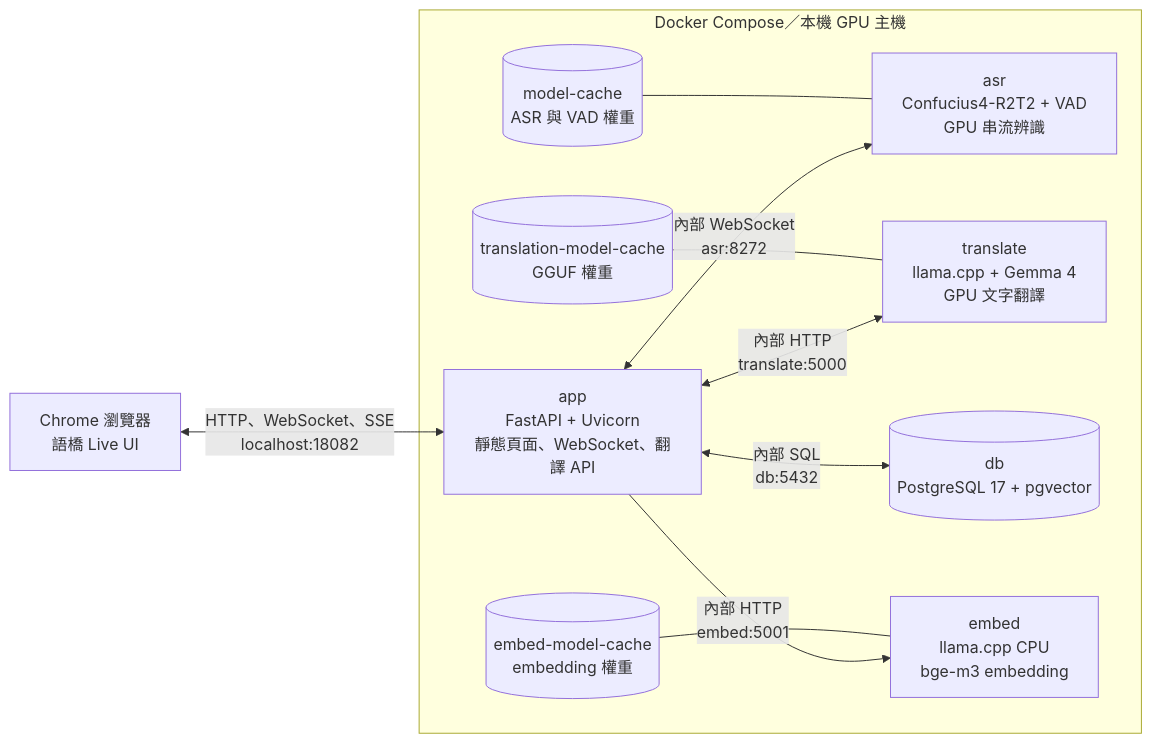
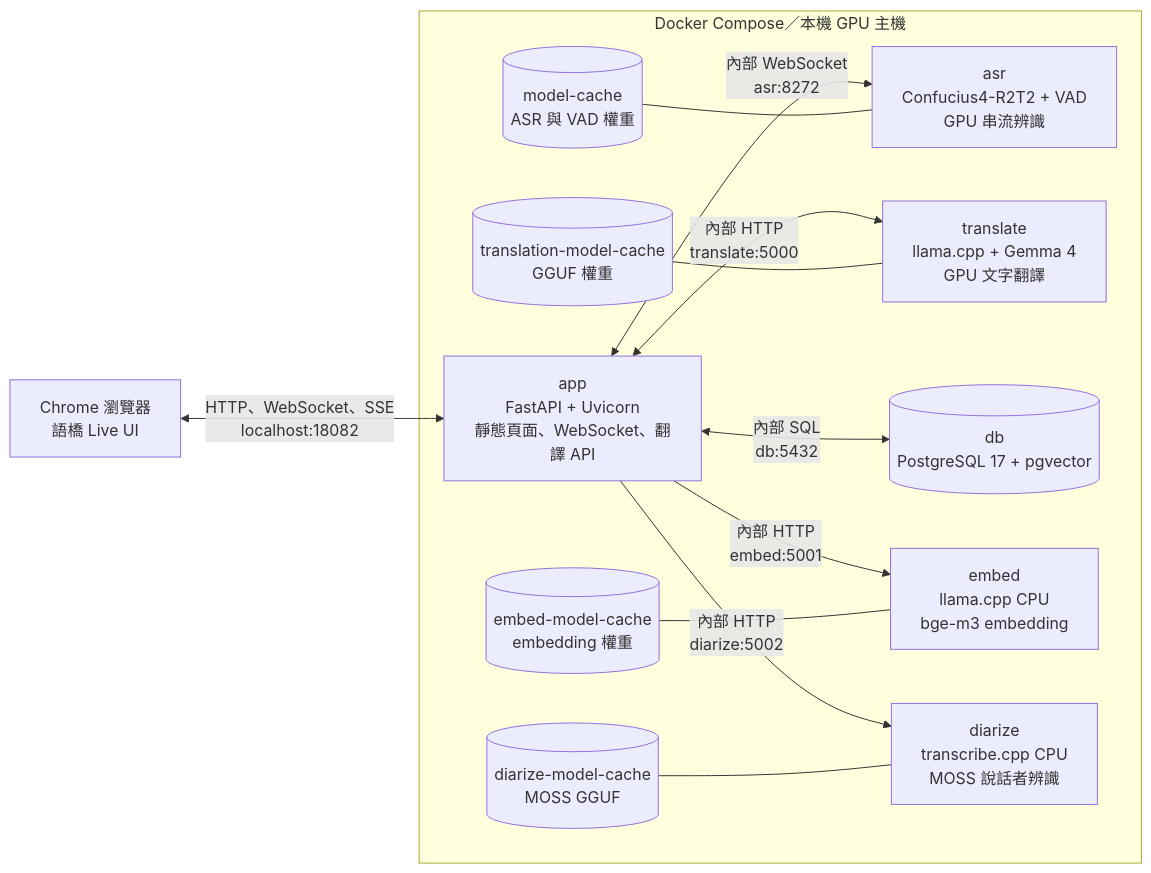
Before and after one commit to myyang19770915/LiveTranscription: the first of 3 diagrams in README.md, drawn with Mermaid. The commit also changed other lines of this file and 41 other files, not shown here.

First line of the commit message:
新增會後說話者辨識：MOSS-Transcribe-Diarize 於 CPU 執行，段落標說話者並可命名（speaker-diarization，roadmap P5 ①）

````diff
--- a/README.md
+++ b/README.md
@@ -36,22 +36,26 @@
 ```mermaid
 flowchart LR
   browser[Chrome 瀏覽器<br/>語橋 Live UI]
   subgraph docker[Docker Compose／本機 GPU 主機]
     app[app<br/>FastAPI + Uvicorn<br/>靜態頁面、WebSocket、翻譯 API]
     asr[asr<br/>Confucius4-R2T2 + VAD<br/>GPU 串流辨識]
     translate[translate<br/>llama.cpp + Gemma 4<br/>GPU 文字翻譯]
     asrCache[(model-cache<br/>ASR 與 VAD 權重)]
     translateCache[(translation-model-cache<br/>GGUF 權重)]
     db[(db<br/>PostgreSQL 17 + pgvector)]
     embed[embed<br/>llama.cpp CPU<br/>bge-m3 embedding]
     embedCache[(embed-model-cache<br/>embedding 權重)]
+    diarize[diarize<br/>transcribe.cpp CPU<br/>MOSS 說話者辨識]
+    diarizeCache[(diarize-model-cache<br/>MOSS GGUF)]
   end
   browser <-->|HTTP、WebSocket、SSE<br/>localhost:18082| app
   app <-->|內部 WebSocket<br/>asr:8272| asr
   app <-->|內部 HTTP<br/>translate:5000| translate
   asrCache --- asr
   translateCache --- translate
   app <-->|內部 SQL<br/>db:5432| db
   app -->|內部 HTTP<br/>embed:5001| embed
   embedCache --- embed
+  app -->|內部 HTTP<br/>diarize:5002| diarize
+  diarizeCache --- diarize
 ```
````
